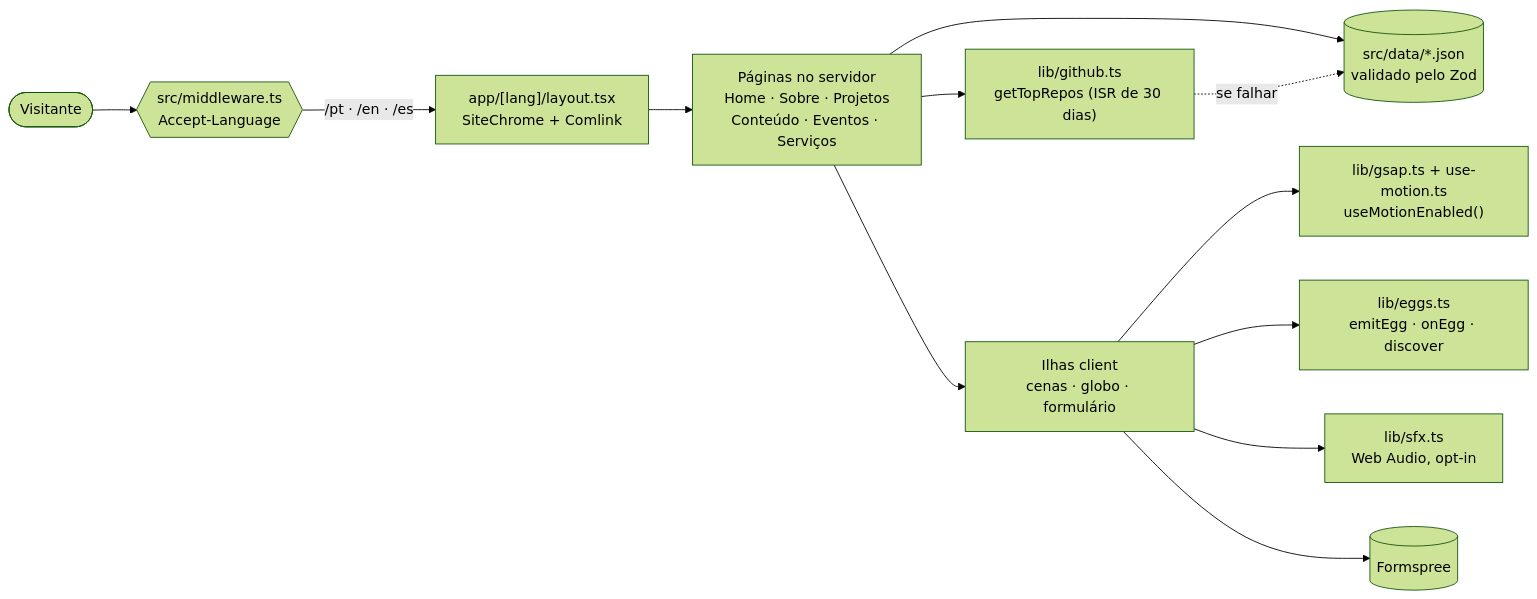
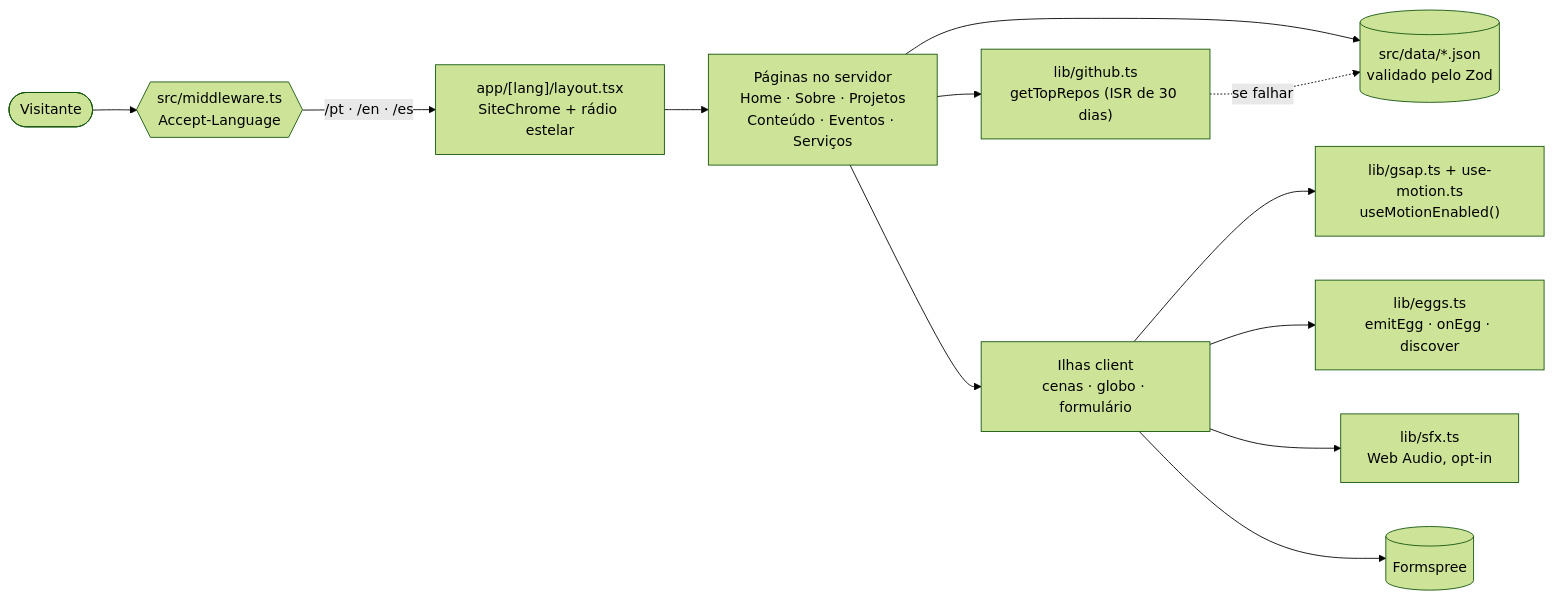
One commit to glaucia86/glaucialemos.dev changed the diagram in README.pt-BR.md. Above: the diagram before and after it, drawn with Mermaid (forest theme). The commit also changed other lines of this file and 2 other files, not shown here.

````diff
--- a/README.pt-BR.md
+++ b/README.pt-BR.md
@@ -157,14 +163,14 @@
 ```mermaid
 flowchart LR
     V([Visitante]) --> M{{src/middleware.ts<br/>Accept-Language}}
-    M -->|/pt · /en · /es| L["app/[lang]/layout.tsx<br/>SiteChrome + Comlink"]
+    M -->|/pt · /en · /es| L["app/[lang]/layout.tsx<br/>SiteChrome + rádio estelar"]
     L --> P["Páginas no servidor<br/>Home · Sobre · Projetos<br/>Conteúdo · Eventos · Serviços"]
     P --> D[("src/data/*.json<br/>validado pelo Zod")]
     P --> G["lib/github.ts<br/>getTopRepos (ISR de 30 dias)"]
     G -.se falhar.-> D
     P --> C["Ilhas client<br/>cenas · globo · formulário"]
     C --> MO["lib/gsap.ts + use-motion.ts<br/>useMotionEnabled()"]
     C --> E["lib/eggs.ts<br/>emitEgg · onEgg · discover"]
     C --> S["lib/sfx.ts<br/>Web Audio, opt-in"]
     C --> F[(Formspree)]
 ```
````
